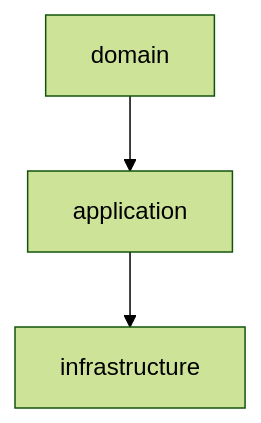
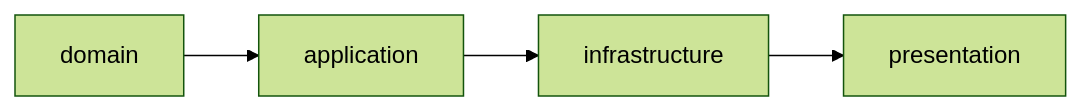
Before and after one commit to jagoqui/real-estate-app: the first of 4 diagrams in documentation/shared/hexagonal-architecture.md, drawn with Mermaid (forest theme). The commit also changed other lines of this file and 5 other files, not shown here.

First line of the commit message:
Improves project architecture and documentation

````diff
--- a/documentation/shared/hexagonal-architecture.md
+++ b/documentation/shared/hexagonal-architecture.md
@@ -142,5 +114,6 @@
 ```mermaid
-graph TD
-  A[domain] --> B[application]
-  B --> C[infrastructure]
+graph LR
+    A[domain] --> B[application]
+    B --> C[infrastructure]
+    C --> D[presentation]
 ```
````
